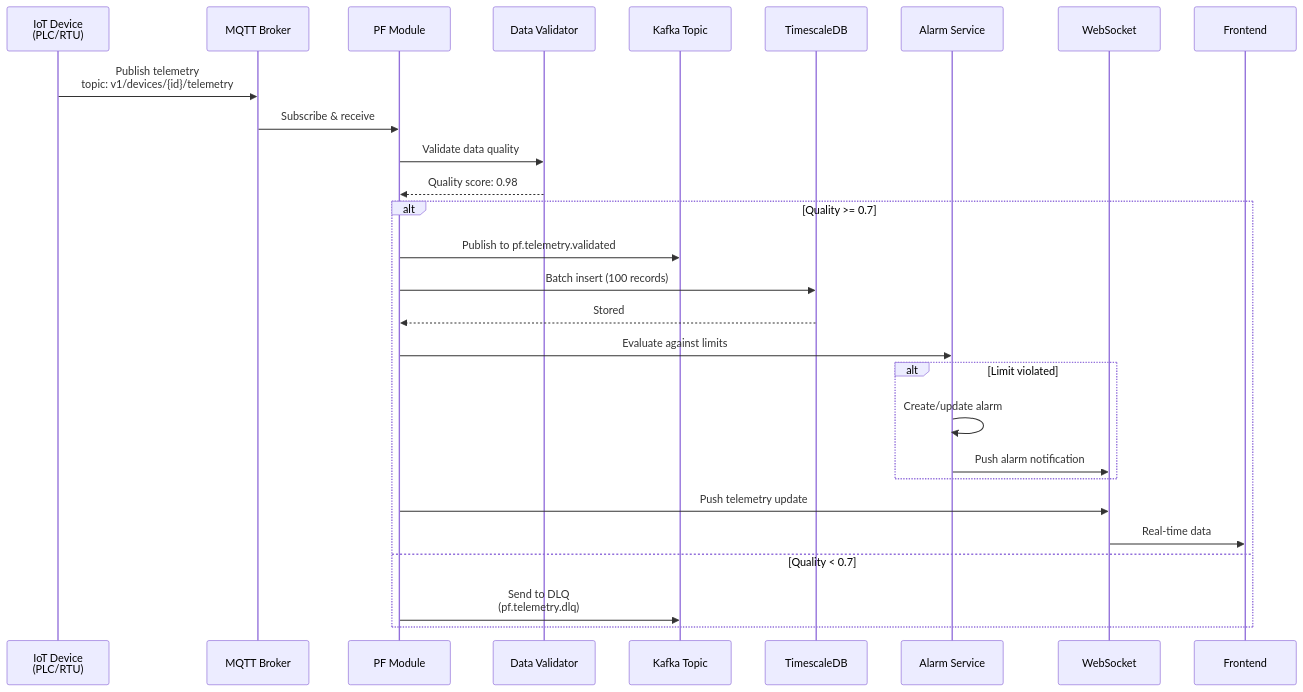
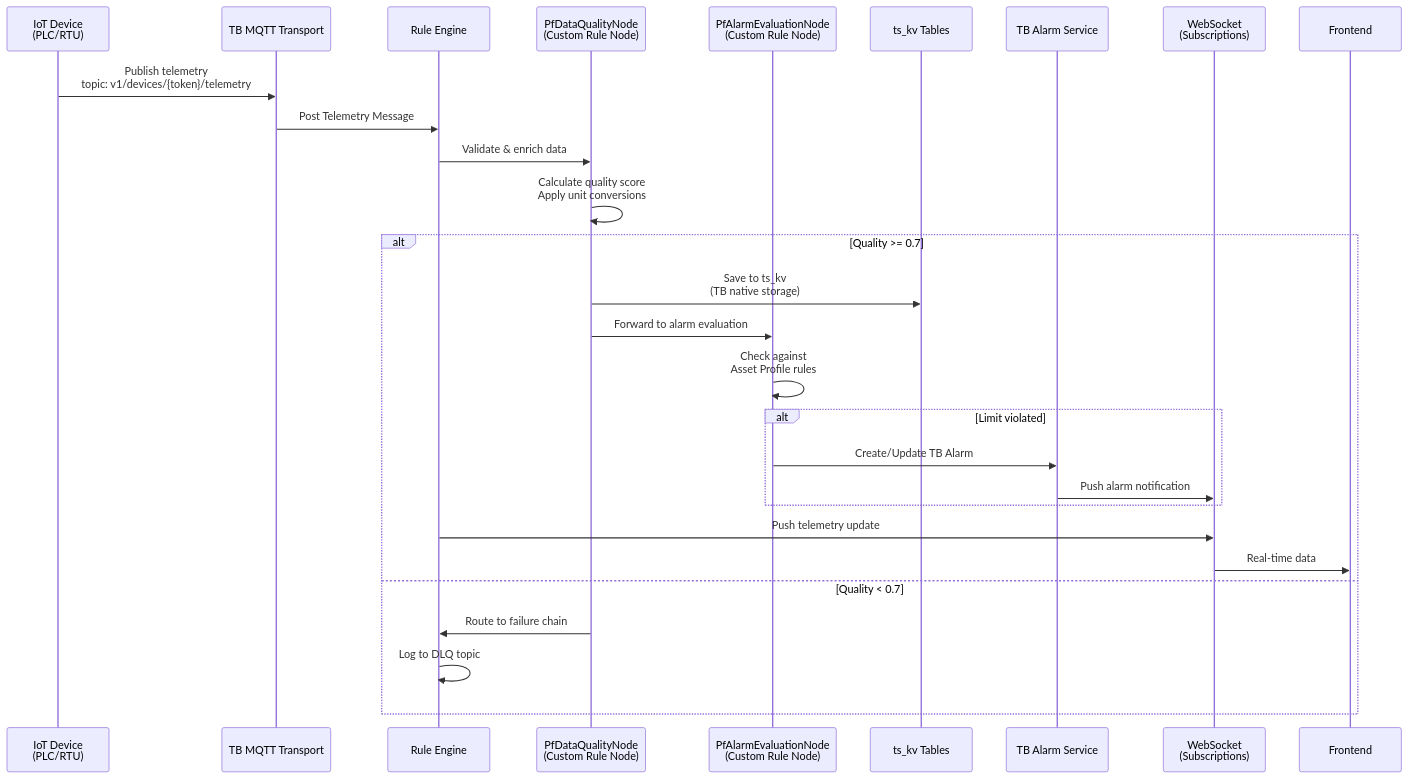
Before and after one commit to diazhh/nexus: the eighth of 23 diagrams in dev/op/DIAGRAMS.md, drawn with Mermaid. The commit also changed other lines of this file and 109 other files, not shown here.

````diff
--- a/dev/op/DIAGRAMS.md
+++ b/dev/op/DIAGRAMS.md
@@ -278,34 +454,36 @@
 ```mermaid
 sequenceDiagram
     participant Device as IoT Device<br/>(PLC/RTU)
-    participant MQTT as MQTT Broker
-    participant App as PF Module
-    participant Validator as Data Validator
-    participant Kafka as Kafka Topic
-    participant TS as TimescaleDB
-    participant Alarm as Alarm Service
-    participant WS as WebSocket
+    participant MQTT as TB MQTT Transport
+    participant RuleEngine as Rule Engine
+    participant QualityNode as PfDataQualityNode<br/>(Custom Rule Node)
+    participant AlarmNode as PfAlarmEvaluationNode<br/>(Custom Rule Node)
+    participant TsKv as ts_kv Tables
+    participant AlarmSvc as TB Alarm Service
+    participant WS as WebSocket<br/>(Subscriptions)
     participant UI as Frontend
-    
-    Device->>MQTT: Publish telemetry<br/>topic: v1/devices/{id}/telemetry
-    MQTT->>App: Subscribe & receive
-    App->>Validator: Validate data quality
-    Validator-->>App: Quality score: 0.98
-    
+
+    Device->>MQTT: Publish telemetry<br/>topic: v1/devices/{token}/telemetry
+    MQTT->>RuleEngine: Post Telemetry Message
+
+    RuleEngine->>QualityNode: Validate & enrich data
+    QualityNode->>QualityNode: Calculate quality score<br/>Apply unit conversions
+
     alt Quality >= 0.7
-        App->>Kafka: Publish to pf.telemetry.validated
-        App->>TS: Batch insert (100 records)
-        TS-->>App: Stored
-        App->>Alarm: Evaluate against limits
-        
+        QualityNode->>TsKv: Save to ts_kv<br/>(TB native storage)
+        QualityNode->>AlarmNode: Forward to alarm evaluation
+
+        AlarmNode->>AlarmNode: Check against<br/>Asset Profile rules
+
         alt Limit violated
-            Alarm->>Alarm: Create/update alarm
-            Alarm->>WS: Push alarm notification
+            AlarmNode->>AlarmSvc: Create/Update TB Alarm
+            AlarmSvc->>WS: Push alarm notification
         end
-        
-        App->>WS: Push telemetry update
+
+        RuleEngine->>WS: Push telemetry update
         WS->>UI: Real-time data
     else Quality < 0.7
-        App->>Kafka: Send to DLQ<br/>(pf.telemetry.dlq)
+        QualityNode->>RuleEngine: Route to failure chain
+        RuleEngine->>RuleEngine: Log to DLQ topic
     end
 ```
````
